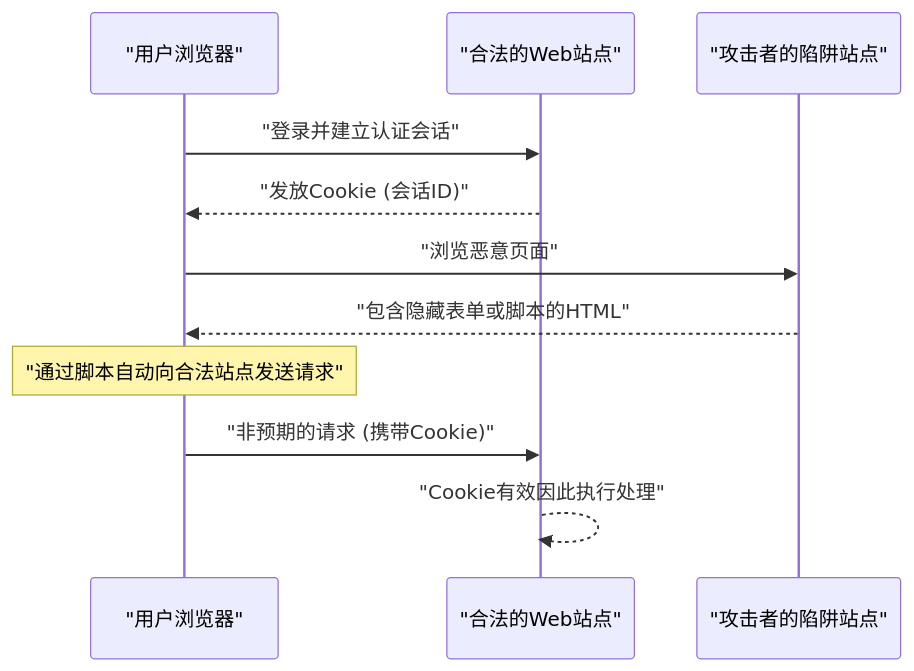
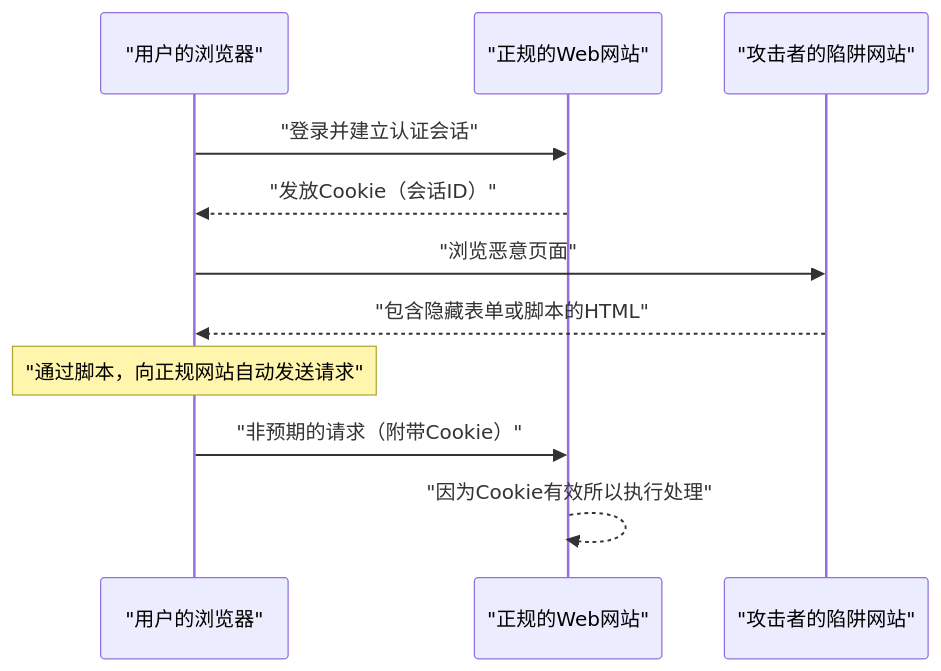
One commit to kenjinote/blog changed the second of 2 diagrams in content/post/web-application-vulnerability-owasp-top-10/index.zh-cn.md. Above: the diagram before and after it, drawn with Mermaid. The commit also changed other lines of this file and 12 other files, not shown here.

````diff
--- a/content/post/web-application-vulnerability-owasp-top-10/index.zh-cn.md
+++ b/content/post/web-application-vulnerability-owasp-top-10/index.zh-cn.md
@@ -232,16 +232,16 @@
 ```mermaid
 sequenceDiagram
-    participant "用户浏览器"
-    participant "合法的Web站点"
-    participant "攻击者的陷阱站点"
+    participant "用户的浏览器"
+    participant "正规的Web网站"
+    participant "攻击者的陷阱网站"
 
-    "用户浏览器"->>"合法的Web站点": "登录并建立认证会话"
-    "合法的Web站点"-->>"用户浏览器": "发放Cookie (会话ID)"
+    "用户的浏览器"->>"正规的Web网站": "登录并建立认证会话"
+    "正规的Web网站"-->>"用户的浏览器": "发放Cookie（会话ID）"
     
-    "用户浏览器"->>"攻击者的陷阱站点": "浏览恶意页面"
-    "攻击者的陷阱站点"-->>"用户浏览器": "包含隐藏表单或脚本的HTML"
+    "用户的浏览器"->>"攻击者的陷阱网站": "浏览恶意页面"
+    "攻击者的陷阱网站"-->>"用户的浏览器": "包含隐藏表单或脚本的HTML"
     
-    Note over "用户浏览器": "通过脚本自动向合法站点发送请求"
-    "用户浏览器"->>"合法的Web站点": "非预期的请求 (携带Cookie)"
-    "合法的Web站点"-->>"合法的Web站点": "Cookie有效因此执行处理"
+    Note over "用户的浏览器": "通过脚本，向正规网站自动发送请求"
+    "用户的浏览器"->>"正规的Web网站": "非预期的请求（附带Cookie）"
+    "正规的Web网站"-->>"正规的Web网站": "因为Cookie有效所以执行处理"
 ```
````
